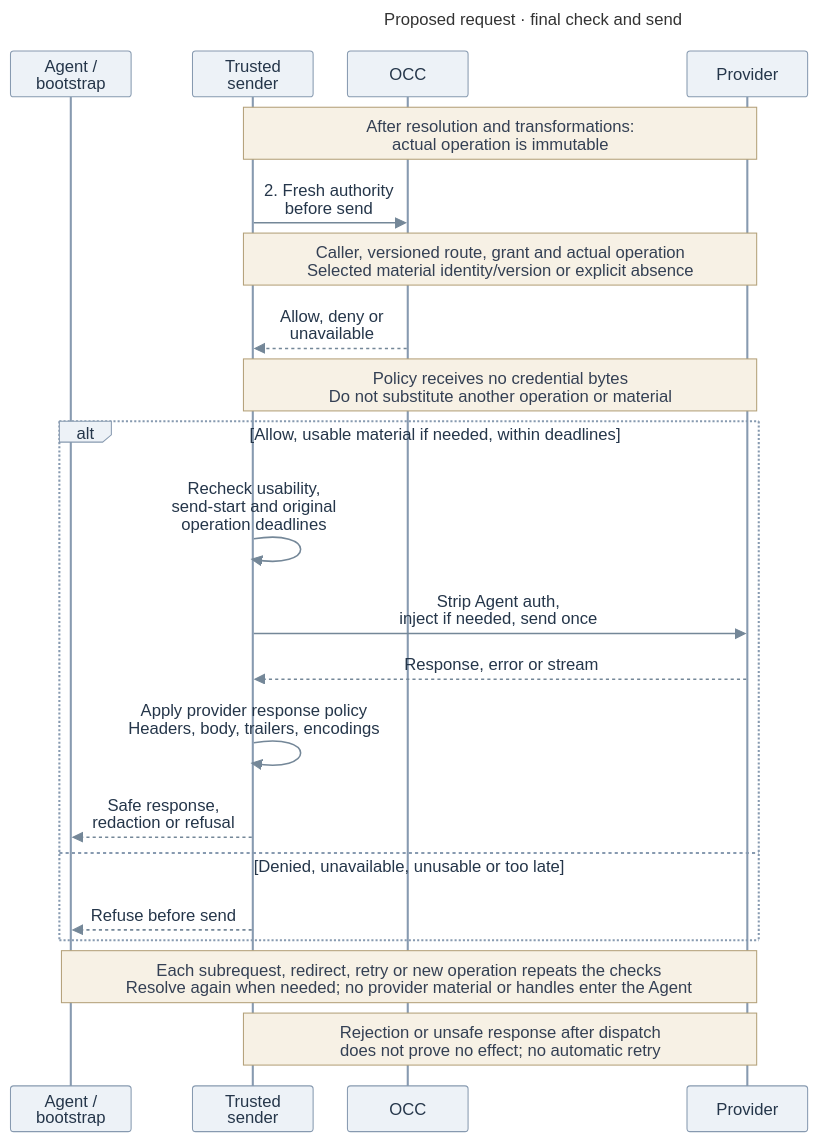
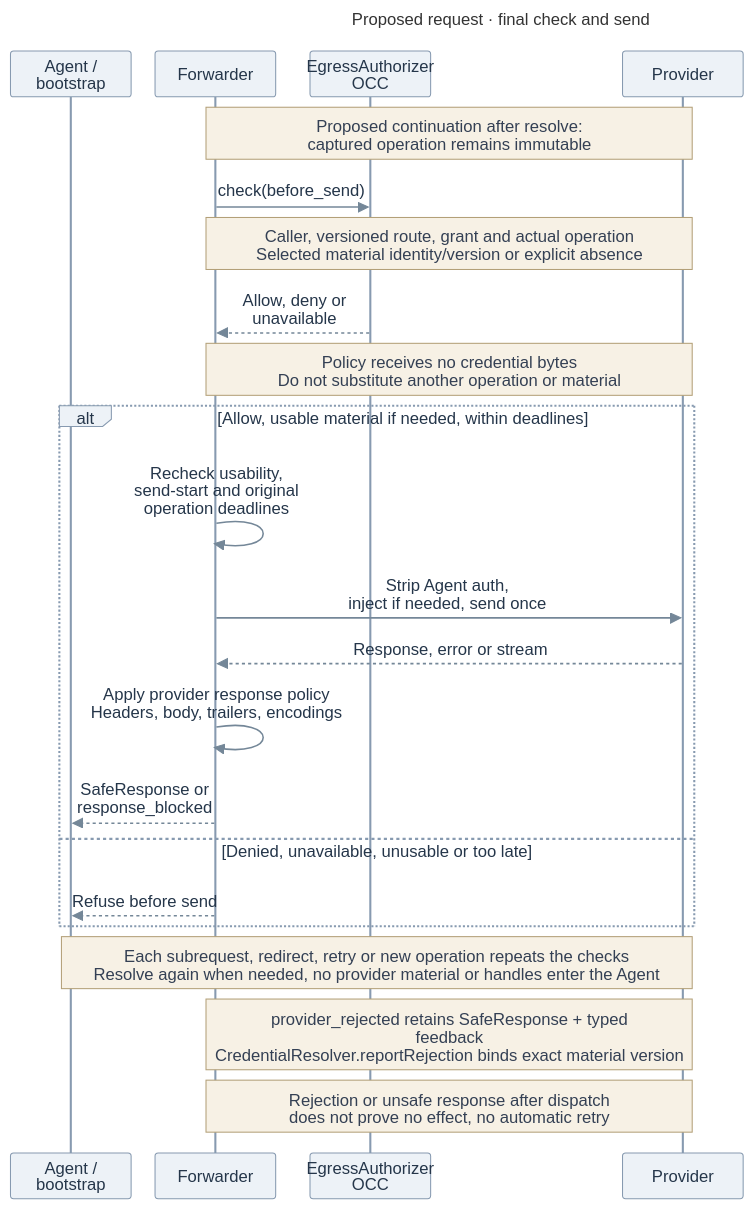
The diagram in specs/rfcs/0019-egress-proxy-credential-lifecycle/assets/request-forwarding.mmd (freeqaz-openai/openclaw-enterprise), drawn with Mermaid before and after one commit. The commit also changed 22 other files, not shown here.

Commit message:
docs(rfc): define replacement egress and credential interfaces

```diff
--- a/specs/rfcs/0019-egress-proxy-credential-lifecycle/assets/request-forwarding.mmd
+++ b/specs/rfcs/0019-egress-proxy-credential-lifecycle/assets/request-forwarding.mmd
@@ -1,48 +1,50 @@
 ---
 title: "Proposed request · final check and send"
 config:
   theme: base
+  htmlLabels: true
   themeVariables:
     fontFamily: "Arial, sans-serif"
     fontSize: "16px"
     actorBkg: "#EDF2F7"
     actorBorder: "#879AB0"
     actorTextColor: "#25364A"
     noteBkgColor: "#F7F1E5"
     noteBorderColor: "#B3A078"
     noteTextColor: "#344054"
     signalColor: "#748798"
     signalTextColor: "#25364A"
   sequence:
     useMaxWidth: false
     actorMargin: 18
     width: 116
     height: 44
     diagramMarginX: 12
     diagramMarginY: 12
     messageMargin: 16
     noteMargin: 8
     mirrorActors: true
     wrap: true
 ---
 sequenceDiagram
   participant A as Agent /<br/>bootstrap
-  participant S as Trusted sender
-  participant C as OCC
+  participant S as Forwarder
+  participant C as EgressAuthorizer<br/>OCC
   participant P as Provider
-  Note over S,P: After resolution and transformations:<br/>actual operation is immutable
-  S->>C: 2. Fresh authority before send
+  Note over S,P: Proposed continuation after resolve:<br/>captured operation remains immutable
+  S->>C: check(before_send)
   Note over S,P: Caller, versioned route, grant and actual operation<br/>Selected material identity/version or explicit absence
   C-->>S: Allow, deny or unavailable
   Note over S,P: Policy receives no credential bytes<br/>Do not substitute another operation or material
   alt Allow, usable material if needed, within deadlines
     S->>S: Recheck usability,<br/>send-start and original<br/>operation deadlines
     S->>P: Strip Agent auth,<br/>inject if needed, send once
     P-->>S: Response, error or stream
     S->>S: Apply provider response policy<br/>Headers, body, trailers, encodings
-    S-->>A: Safe response,<br/>redaction or refusal
+    S-->>A: SafeResponse or response_blocked
   else Denied, unavailable, unusable or too late
     S-->>A: Refuse before send
   end
-  Note over A,P: Each subrequest, redirect, retry or new operation repeats the checks<br/>Resolve again when needed#59; no provider material or handles enter the Agent
-  Note over S,P: Rejection or unsafe response after dispatch<br/>does not prove no effect#59; no automatic retry
+  Note over A,P: Each subrequest, redirect, retry or new operation repeats the checks<br/>Resolve again when needed, no provider material or handles enter the Agent
+  Note over S,P: provider_rejected retains SafeResponse + typed feedback<br/>CredentialResolver.reportRejection binds exact material version
+  Note over S,P: Rejection or unsafe response after dispatch<br/>does not prove no effect, no automatic retry
```
